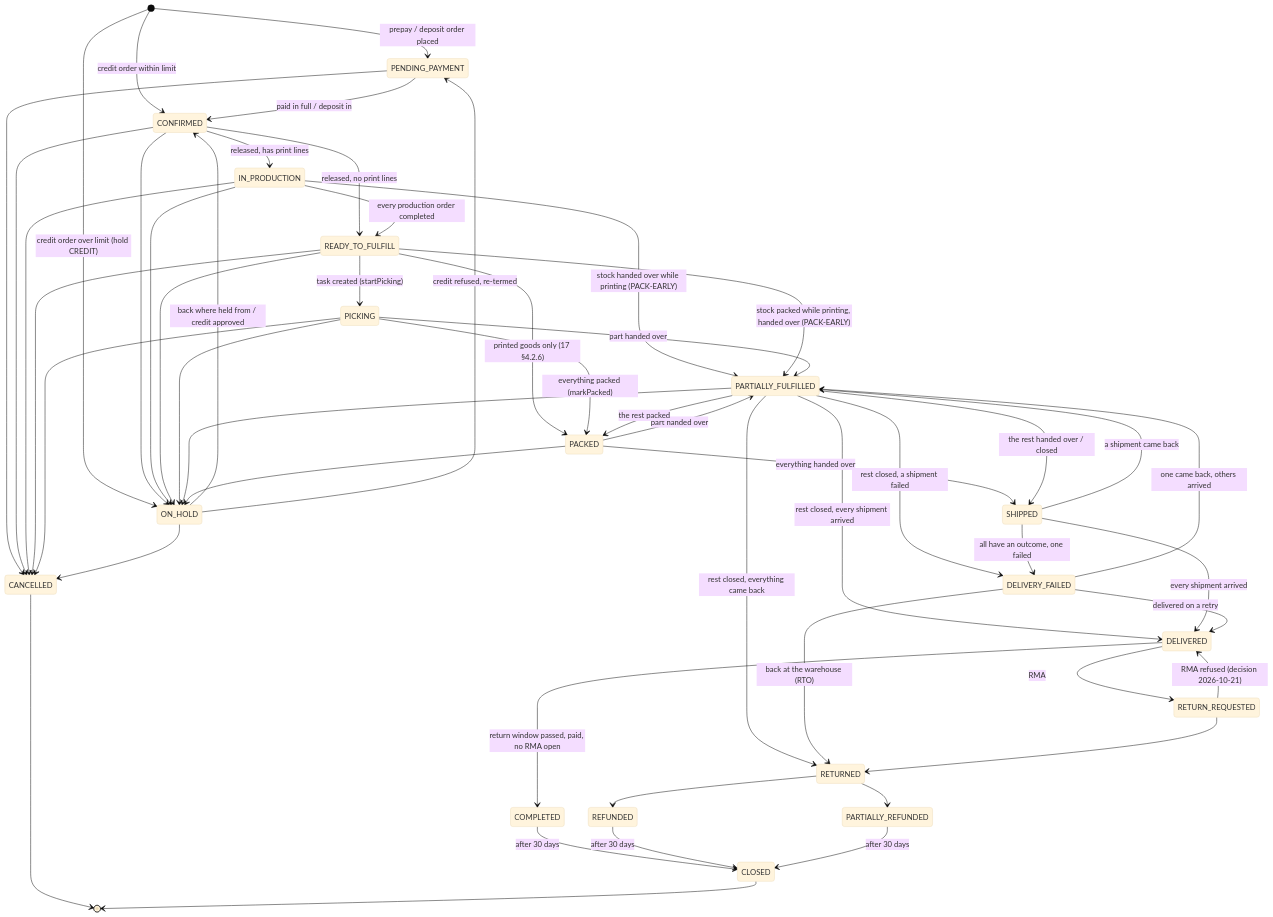
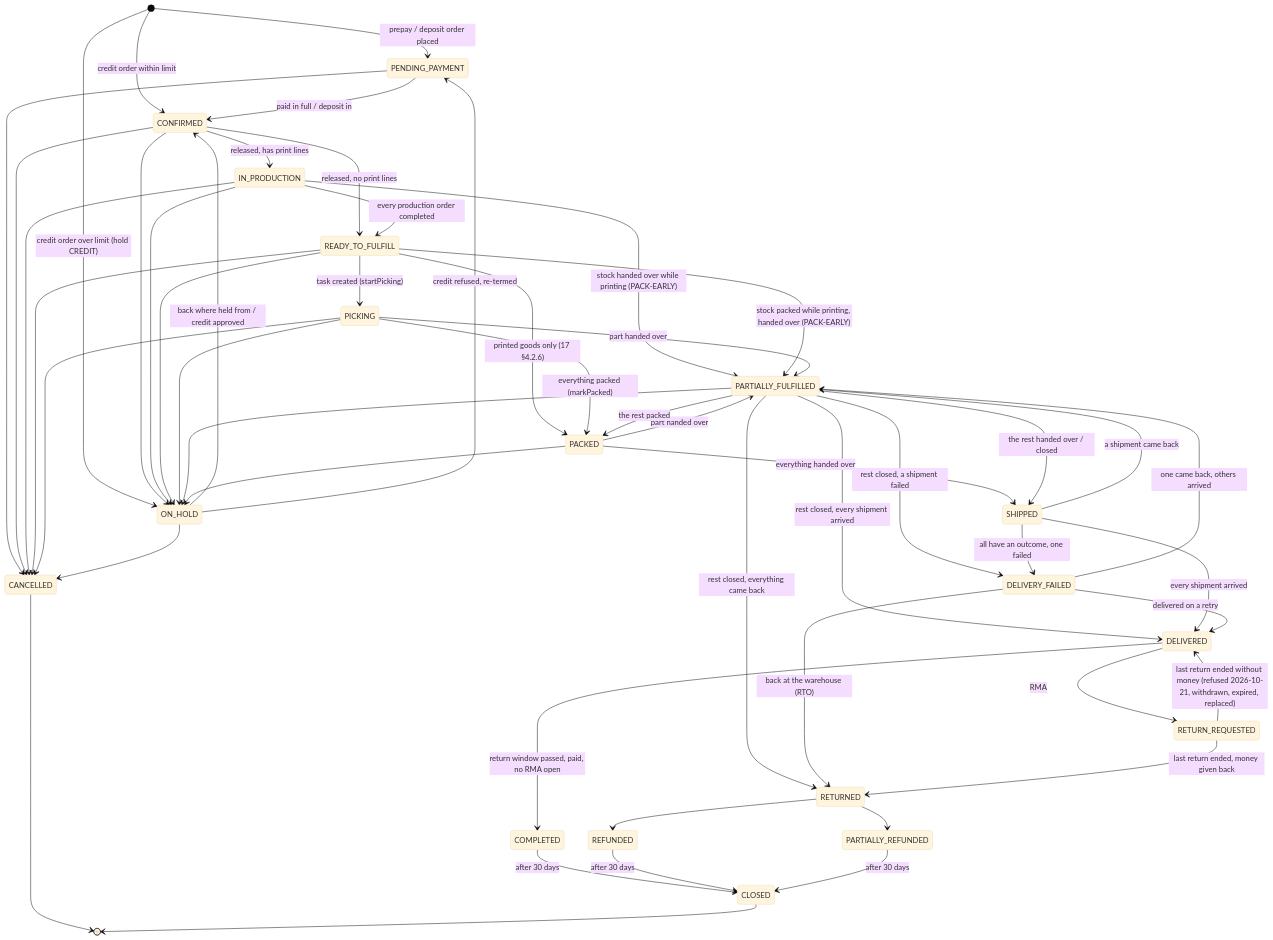
One commit to KLTN-FA26/be-backoffice-stockflow-commerce changed the ninth of 18 diagrams in docs/business-design/03-state-machines.md. Above: the diagram before and after it, drawn with Mermaid (base theme). The commit also changed other lines of this file and 2 other files, not shown here.

First line of the commit message:
docs(business-design): RMA state machine and rules as built

````diff
--- a/docs/business-design/03-state-machines.md
+++ b/docs/business-design/03-state-machines.md
@@ -354,54 +354,54 @@
 ```mermaid
 stateDiagram-v2
     [*] --> PENDING_PAYMENT: prepay / deposit order placed
     [*] --> CONFIRMED: credit order within limit
     [*] --> ON_HOLD: credit order over limit (hold CREDIT)
     PENDING_PAYMENT --> CONFIRMED: paid in full / deposit in
     CONFIRMED --> IN_PRODUCTION: released, has print lines
     CONFIRMED --> READY_TO_FULFILL: released, no print lines
     IN_PRODUCTION --> READY_TO_FULFILL: every production order completed
     IN_PRODUCTION --> PARTIALLY_FULFILLED: stock handed over while printing (PACK-EARLY)
     READY_TO_FULFILL --> PARTIALLY_FULFILLED: stock packed while printing, handed over (PACK-EARLY)
     READY_TO_FULFILL --> PICKING: task created (startPicking)
     READY_TO_FULFILL --> PACKED: printed goods only (17 §4.2.6)
     PICKING --> PACKED: everything packed (markPacked)
     PICKING --> PARTIALLY_FULFILLED: part handed over
     PACKED --> PARTIALLY_FULFILLED: part handed over
     PACKED --> SHIPPED: everything handed over
     PARTIALLY_FULFILLED --> PACKED: the rest packed
     PARTIALLY_FULFILLED --> SHIPPED: the rest handed over / closed
     PARTIALLY_FULFILLED --> DELIVERED: rest closed, every shipment arrived
     PARTIALLY_FULFILLED --> DELIVERY_FAILED: rest closed, a shipment failed
     PARTIALLY_FULFILLED --> RETURNED: rest closed, everything came back
     SHIPPED --> DELIVERED: every shipment arrived
     SHIPPED --> DELIVERY_FAILED: all have an outcome, one failed
     SHIPPED --> PARTIALLY_FULFILLED: a shipment came back
     DELIVERY_FAILED --> DELIVERED: delivered on a retry
     DELIVERY_FAILED --> RETURNED: back at the warehouse (RTO)
     DELIVERY_FAILED --> PARTIALLY_FULFILLED: one came back, others arrived
     DELIVERED --> COMPLETED: return window passed, paid, no RMA open
     DELIVERED --> RETURN_REQUESTED: RMA
-    RETURN_REQUESTED --> RETURNED
-    RETURN_REQUESTED --> DELIVERED: RMA refused (decision 2026-10-21)
+    RETURN_REQUESTED --> RETURNED: last return ended, money given back
+    RETURN_REQUESTED --> DELIVERED: last return ended without money (refused 2026-10-21, withdrawn, expired, replaced)
     RETURNED --> REFUNDED
     RETURNED --> PARTIALLY_REFUNDED
     COMPLETED --> CLOSED: after 30 days
     REFUNDED --> CLOSED: after 30 days
     PARTIALLY_REFUNDED --> CLOSED: after 30 days
     CONFIRMED --> ON_HOLD
     IN_PRODUCTION --> ON_HOLD
     READY_TO_FULFILL --> ON_HOLD
     PICKING --> ON_HOLD
     PARTIALLY_FULFILLED --> ON_HOLD
     PACKED --> ON_HOLD
     ON_HOLD --> CONFIRMED: back where held from / credit approved
     ON_HOLD --> PENDING_PAYMENT: credit refused, re-termed
     PENDING_PAYMENT --> CANCELLED
     CONFIRMED --> CANCELLED
     IN_PRODUCTION --> CANCELLED
     READY_TO_FULFILL --> CANCELLED
     PICKING --> CANCELLED
     ON_HOLD --> CANCELLED
     CANCELLED --> [*]
     CLOSED --> [*]
 ```
````
